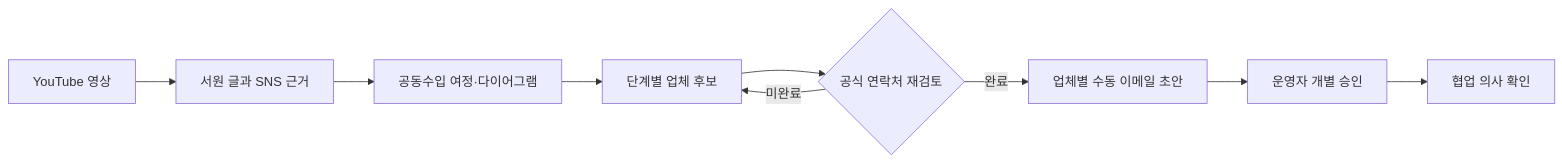
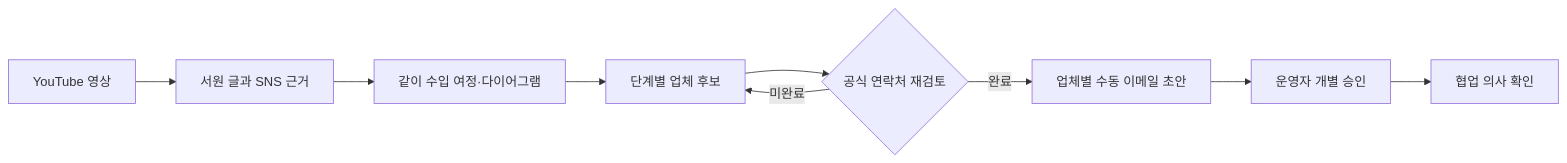
Before and after one commit to cheolwo/hongdal: the second of 2 diagrams in docs/Architecture/CommunityInformationCollection.md, drawn with Mermaid. The commit also changed other lines of this file and 246 other files, not shown here.

````diff
--- a/docs/Architecture/CommunityInformationCollection.md
+++ b/docs/Architecture/CommunityInformationCollection.md
@@ -182,11 +182,11 @@
 ```mermaid
 flowchart LR
     A["YouTube 영상"] --> B["서원 글과 SNS 근거"]
-    B --> C["공동수입 여정·다이어그램"]
+    B --> C["같이 수입 여정·다이어그램"]
     C --> D["단계별 업체 후보"]
     D --> E{"공식 연락처 재검토"}
     E -->|미완료| D
     E -->|완료| F["업체별 수동 이메일 초안"]
     F --> G["운영자 개별 승인"]
     G --> H["협업 의사 확인"]
 ```
````
